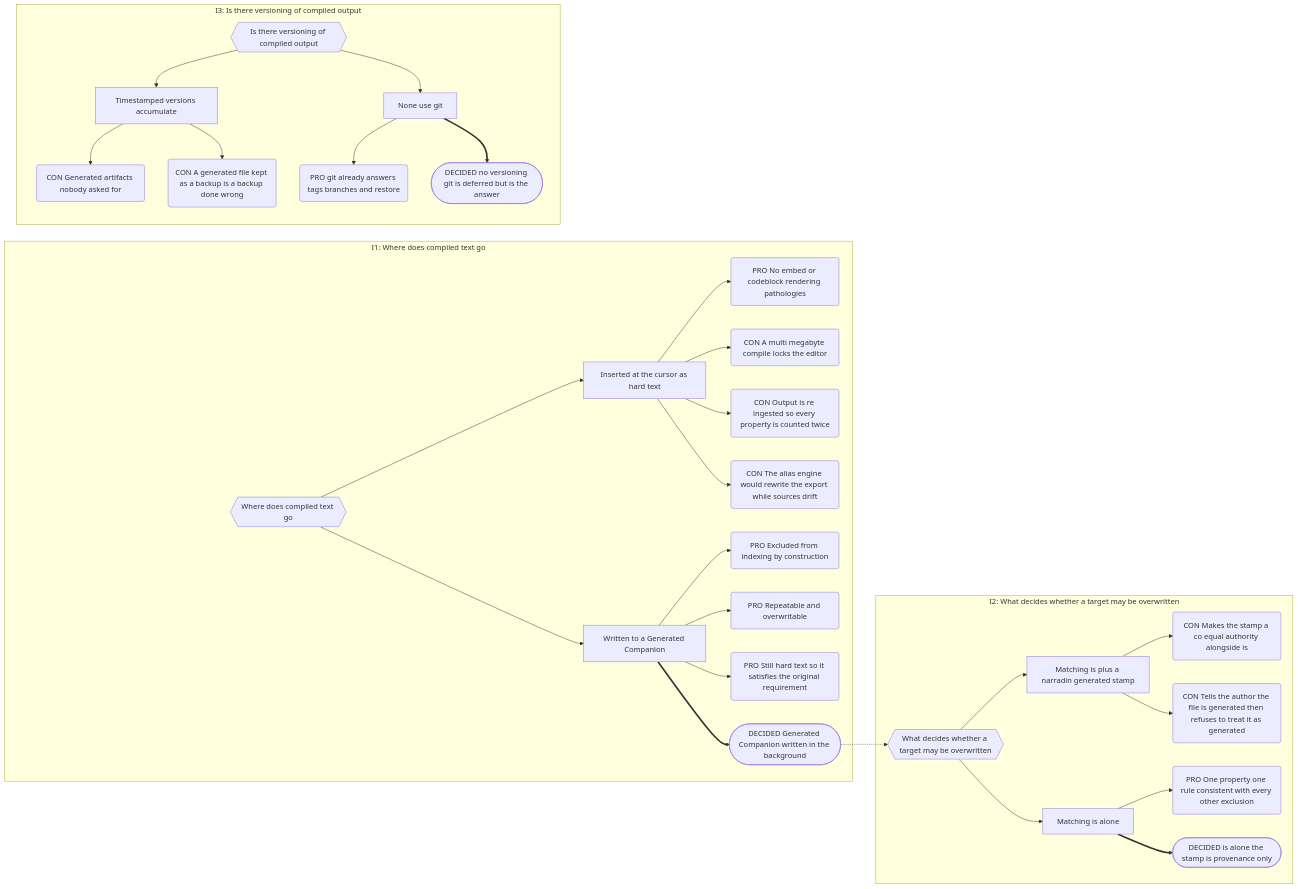
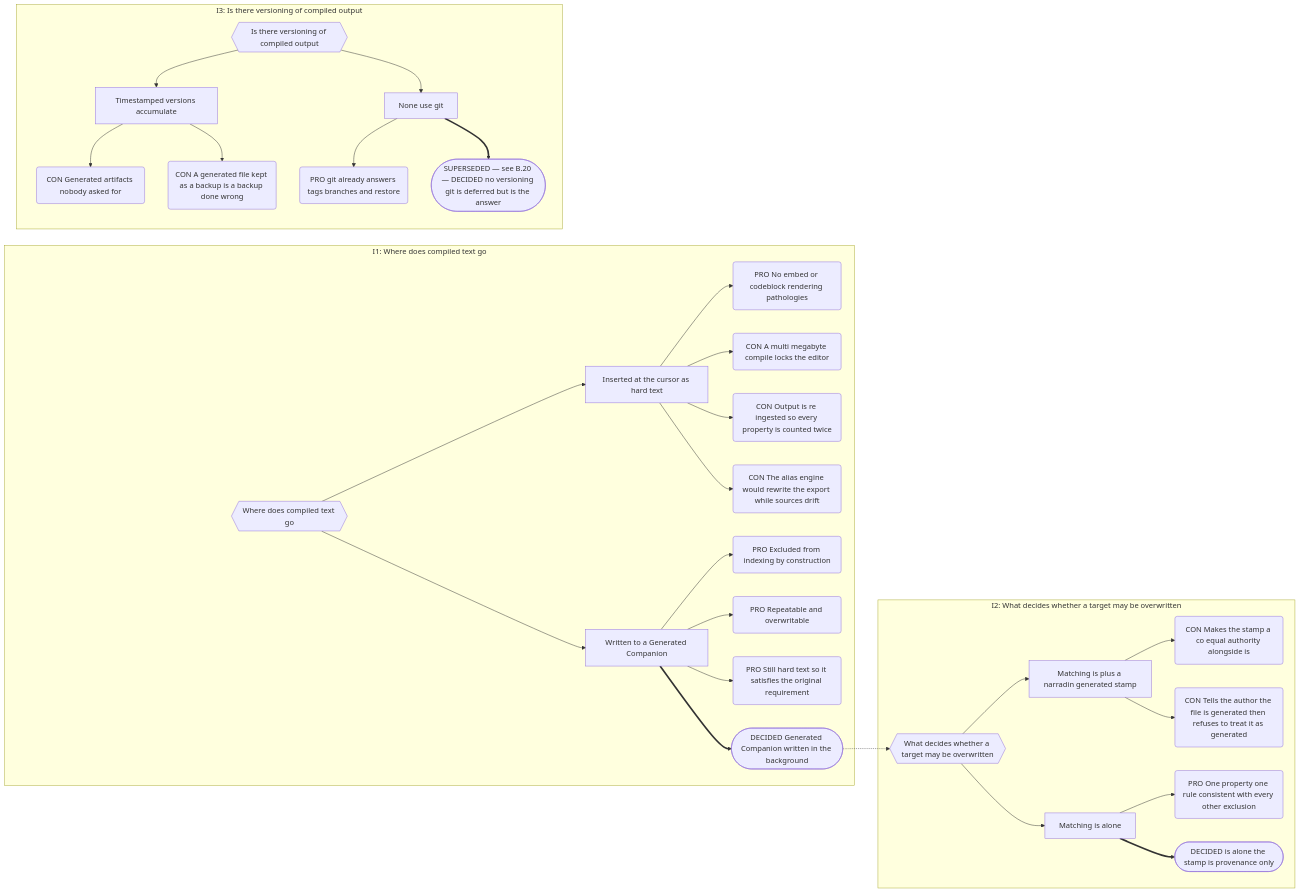
One commit to mlao-pdx/obsidian-plugin changed the diagram in docs/spec/08-the-compiler.md. Above: the diagram before and after it, drawn with Mermaid. The commit also changed other lines of this file and 8 other files, not shown here.

First line of the commit message:
feat(version-control): add Part 17 specification with vault-wide git versioning

````diff
--- a/docs/spec/08-the-compiler.md
+++ b/docs/spec/08-the-compiler.md
@@ -127,57 +127,57 @@
 ```mermaid
 flowchart LR
     subgraph S1["I1: Where does compiled text go"]
         I1{{Where does compiled text go}}
         P1[Inserted at the cursor as hard text]
         P2[Written to a Generated Companion]
         I1 --> P1
         I1 --> P2
         A1(PRO No embed or codeblock rendering pathologies)
         C1(CON A multi megabyte compile locks the editor)
         C2(CON Output is re ingested so every property is counted twice)
         C3(CON The alias engine would rewrite the export while sources drift)
         P1 --> A1
         P1 --> C1
         P1 --> C2
         P1 --> C3
         A2(PRO Excluded from indexing by construction)
         A3(PRO Repeatable and overwritable)
         A4(PRO Still hard text so it satisfies the original requirement)
         P2 --> A2
         P2 --> A3
         P2 --> A4
         D1([DECIDED Generated Companion written in the background])
         P2 ==> D1
     end
     D1 -.-> I2
     subgraph S2["I2: What decides whether a target may be overwritten"]
         I2{{What decides whether a target may be overwritten}}
         P2a[Matching is plus a narradin generated stamp]
         P2b[Matching is alone]
         I2 --> P2a
         I2 --> P2b
         C2a(CON Makes the stamp a co equal authority alongside is)
         C2b(CON Tells the author the file is generated then refuses to treat it as generated)
         P2a --> C2a
         P2a --> C2b
         A2a(PRO One property one rule consistent with every other exclusion)
         P2b --> A2a
         D2([DECIDED is alone the stamp is provenance only])
         P2b ==> D2
     end
     subgraph S3["I3: Is there versioning of compiled output"]
         I3{{Is there versioning of compiled output}}
         P3a[Timestamped versions accumulate]
         P3b[None use git]
         I3 --> P3a
         I3 --> P3b
         C3a(CON Generated artifacts nobody asked for)
         C3b(CON A generated file kept as a backup is a backup done wrong)
         P3a --> C3a
         P3a --> C3b
         A3a(PRO git already answers tags branches and restore)
         P3b --> A3a
-        D3([DECIDED no versioning git is deferred but is the answer])
+        D3([SUPERSEDED — see B.20 — DECIDED no versioning git is deferred but is the answer])
         P3b ==> D3
     end
 ```
````
